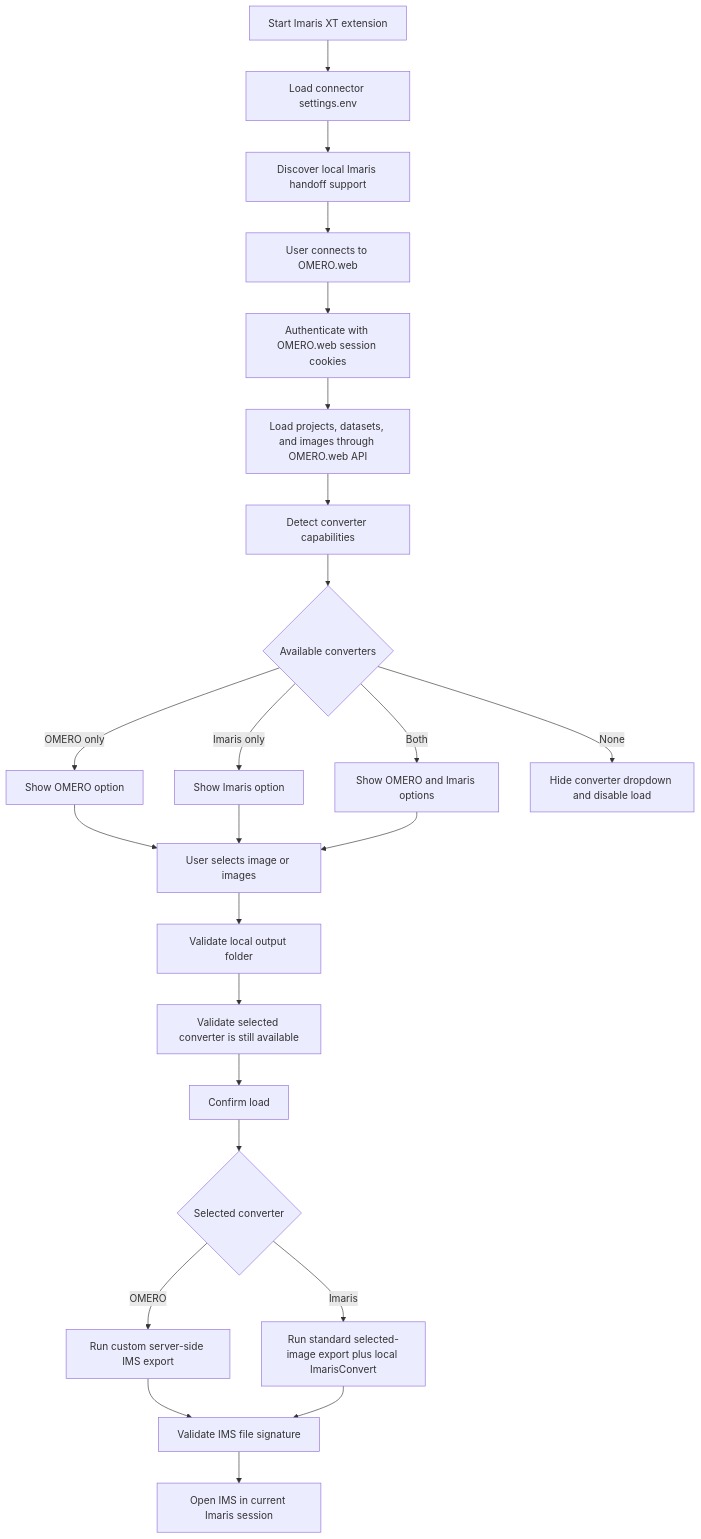
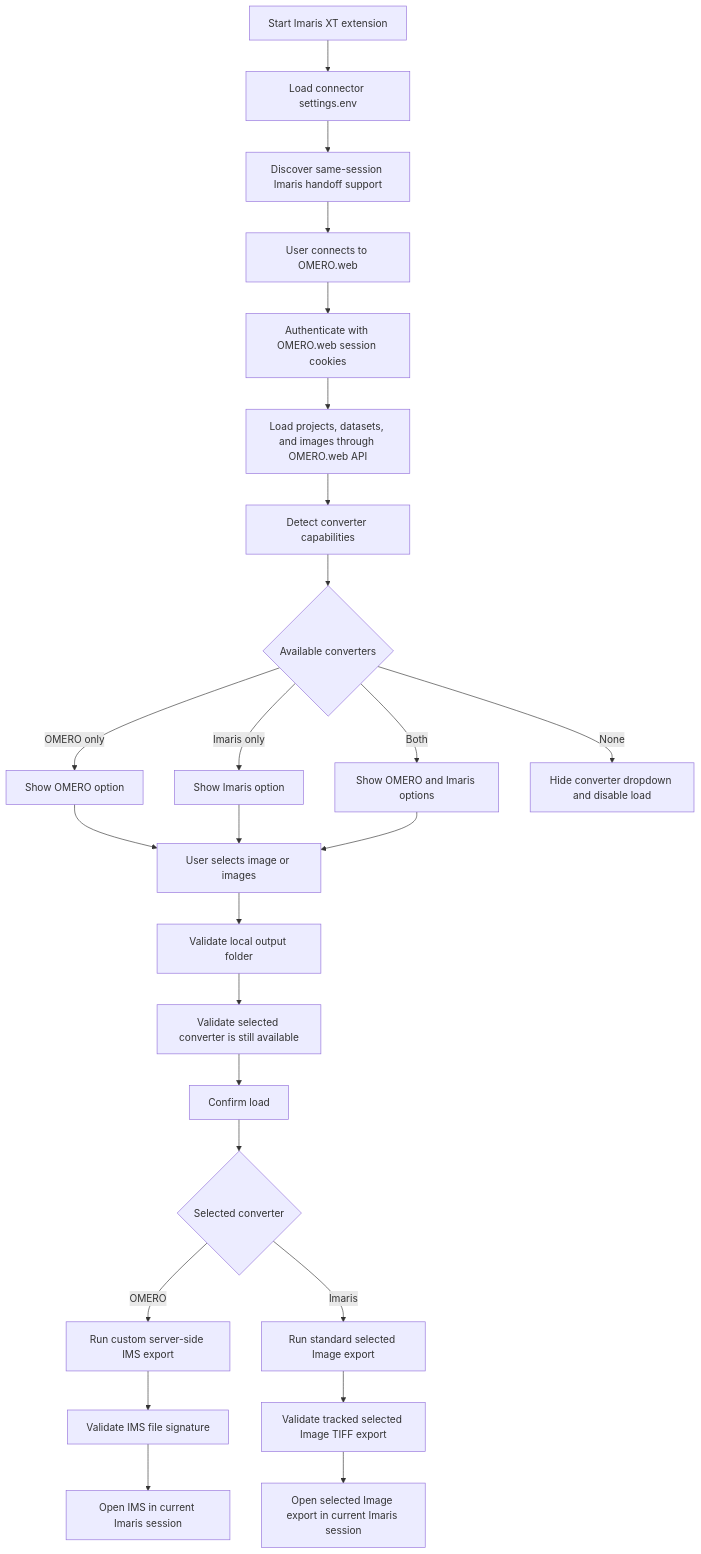
One commit to ZMB-UZH/omero-docker-extended changed the first of 7 diagrams in docs/plugins/imaris-connector-workflow.md. Above: the diagram before and after it, drawn with Mermaid. The commit also changed other lines of this file and 8 other files, not shown here.

First line of the commit message:
Simplify Imaris selected-image handoff

````diff
--- a/docs/plugins/imaris-connector-workflow.md
+++ b/docs/plugins/imaris-connector-workflow.md
@@ -23,26 +23,27 @@
 ```mermaid
 flowchart TD
     A[Start Imaris XT extension] --> B[Load connector settings.env]
-    B --> C[Discover local Imaris handoff support]
+    B --> C[Discover same-session Imaris handoff support]
     C --> D[User connects to OMERO.web]
     D --> E[Authenticate with OMERO.web session cookies]
     E --> F[Load projects, datasets, and images through OMERO.web API]
     F --> G[Detect converter capabilities]
     G --> H{Available converters}
     H -->|OMERO only| I[Show OMERO option]
     H -->|Imaris only| J[Show Imaris option]
     H -->|Both| K[Show OMERO and Imaris options]
     H -->|None| L[Hide converter dropdown and disable load]
     I --> M[User selects image or images]
     J --> M
     K --> M
     M --> N[Validate local output folder]
     N --> O[Validate selected converter is still available]
     O --> P[Confirm load]
     P --> Q{Selected converter}
     Q -->|OMERO| R[Run custom server-side IMS export]
-    Q -->|Imaris| S[Run standard selected-image export plus local ImarisConvert]
+    Q -->|Imaris| S[Run standard selected Image export]
     R --> T[Validate IMS file signature]
-    S --> T
-    T --> U[Open IMS in current Imaris session]
+    S --> U[Validate tracked selected Image TIFF export]
+    T --> V[Open IMS in current Imaris session]
+    U --> W[Open selected Image export in current Imaris session]
 ```
````
